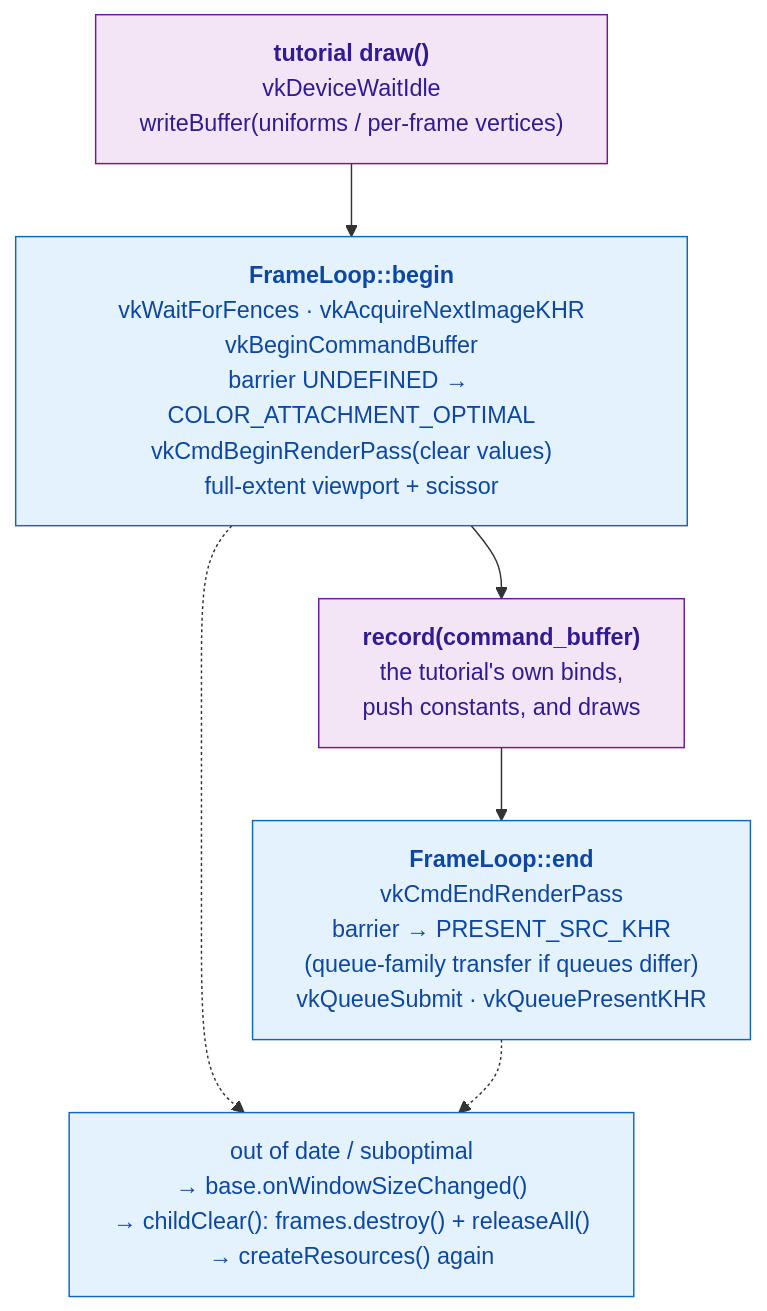
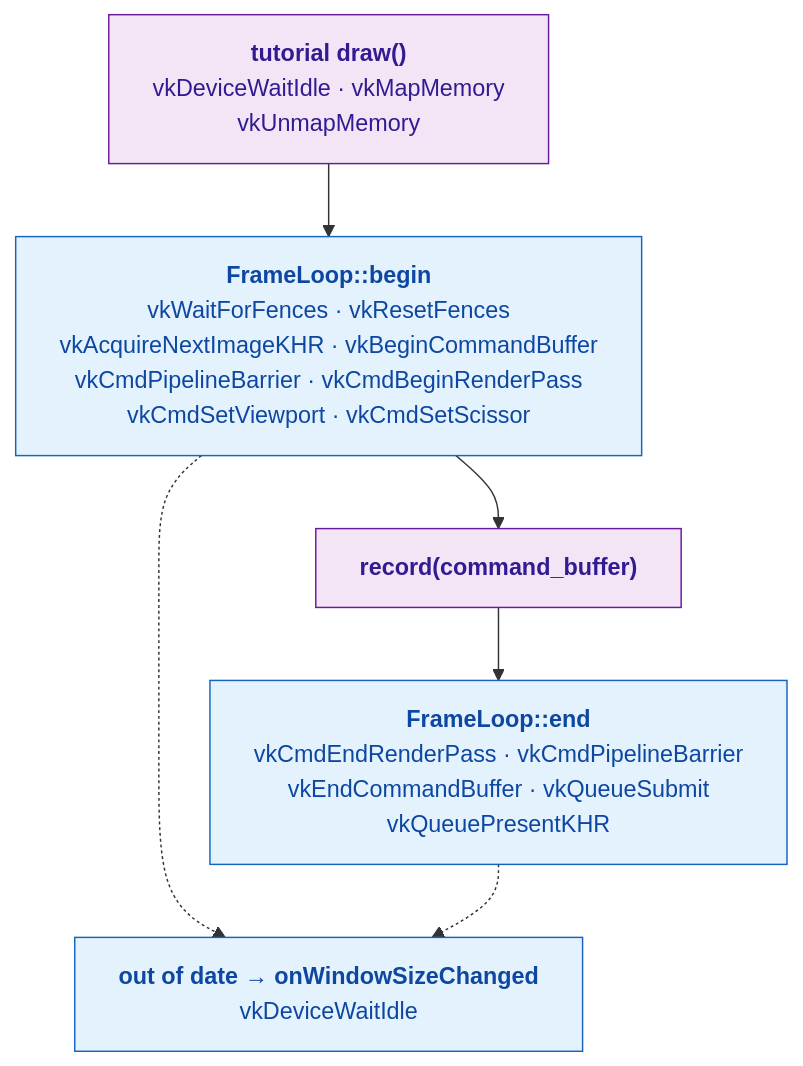
The second of 2 diagrams in docs/pipeline/vulkancommon.md (mehoggan/vulkan_graphix), drawn with Mermaid before and after one commit. The commit also changed other lines of this file and 24 other files, not shown here.

````diff
--- a/docs/pipeline/vulkancommon.md
+++ b/docs/pipeline/vulkancommon.md
@@ -48,16 +56,16 @@
 ```mermaid
 %%{init: {"flowchart": {"wrappingWidth": 400}}}%%
 flowchart TD
     classDef shared fill:#e3f2fd,stroke:#1565c0,color:#0d47a1
     classDef frame fill:#f3e5f5,stroke:#6a1b9a,color:#311b92
 
-    CPU["<b>tutorial draw()</b><br/>vkDeviceWaitIdle<br/>writeBuffer(uniforms / per-frame vertices)"]:::frame
-    BEGIN["<b>FrameLoop::begin</b><br/>vkWaitForFences · vkAcquireNextImageKHR<br/>vkBeginCommandBuffer<br/>barrier UNDEFINED → COLOR_ATTACHMENT_OPTIMAL<br/>vkCmdBeginRenderPass(clear values)<br/>full-extent viewport + scissor"]:::shared
-    REC["<b>record(command_buffer)</b><br/>the tutorial's own binds,<br/>push constants, and draws"]:::frame
-    END["<b>FrameLoop::end</b><br/>vkCmdEndRenderPass<br/>barrier → PRESENT_SRC_KHR<br/>(queue-family transfer if queues differ)<br/>vkQueueSubmit · vkQueuePresentKHR"]:::shared
-    OOD["out of date / suboptimal<br/>→ base.onWindowSizeChanged()<br/>→ childClear(): frames.destroy() + releaseAll()<br/>→ createResources() again"]:::shared
+    CPU["<b>tutorial draw()</b><br/>vkDeviceWaitIdle  ·  vkMapMemory<br/>vkUnmapMemory"]:::frame
+    BEGIN["<b>FrameLoop::begin</b><br/>vkWaitForFences  ·  vkResetFences<br/>vkAcquireNextImageKHR  ·  vkBeginCommandBuffer<br/>vkCmdPipelineBarrier  ·  vkCmdBeginRenderPass<br/>vkCmdSetViewport  ·  vkCmdSetScissor"]:::shared
+    REC["<b>record(command_buffer)</b>"]:::frame
+    END["<b>FrameLoop::end</b><br/>vkCmdEndRenderPass  ·  vkCmdPipelineBarrier<br/>vkEndCommandBuffer  ·  vkQueueSubmit<br/>vkQueuePresentKHR"]:::shared
+    OOD["<b>out of date → onWindowSizeChanged</b><br/>vkDeviceWaitIdle"]:::shared
 
     CPU --> BEGIN --> REC --> END
     BEGIN -.-> OOD
     END -.-> OOD
 ```
````
